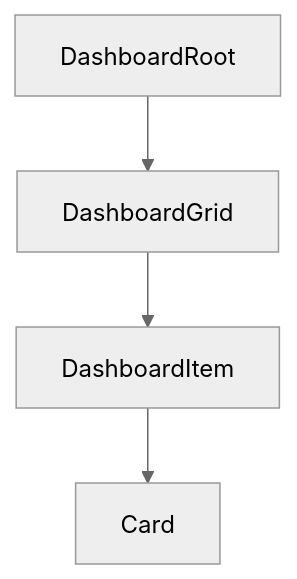
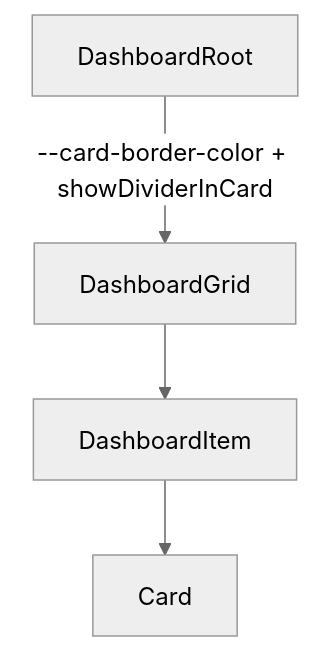
The diagram in components/ids/dashboard/design-spec.md (BrainDumpster/SDD-IDS), drawn with Mermaid (neutral theme) before and after one commit. The commit also changed other lines of this file and 14 other files, not shown here.

Commit message:
[IDS] Card and Dashboard - WIP commit.

````diff
--- a/components/ids/dashboard/design-spec.md
+++ b/components/ids/dashboard/design-spec.md
@@ -31,6 +37,6 @@
 ```mermaid
 flowchart TD
-  DashboardRoot --> DashboardGrid
+  DashboardRoot -->|"--card-border-color + showDividerInCard"| DashboardGrid
   DashboardGrid --> DashboardItem
   DashboardItem --> Card
 ```
````
